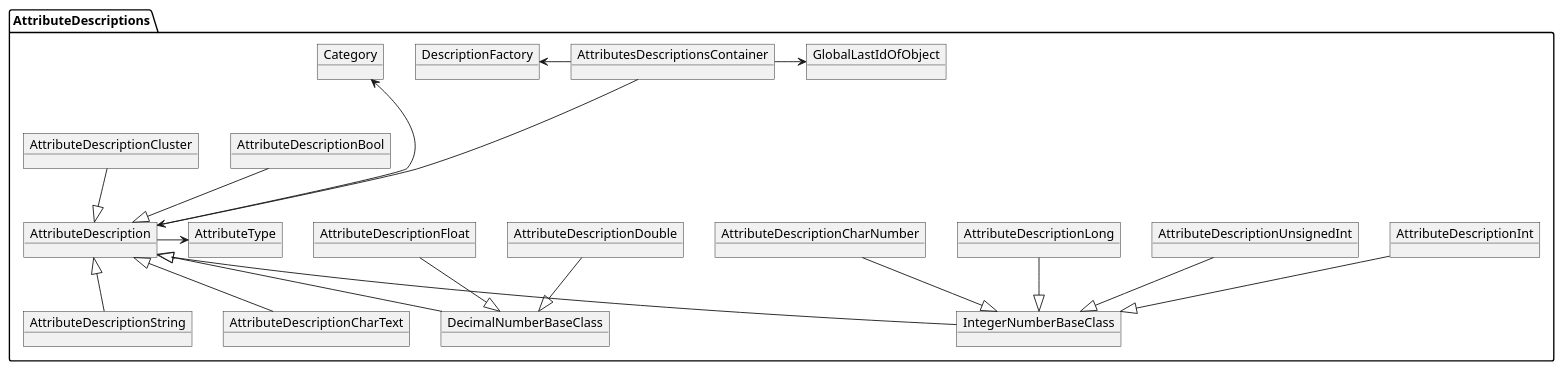
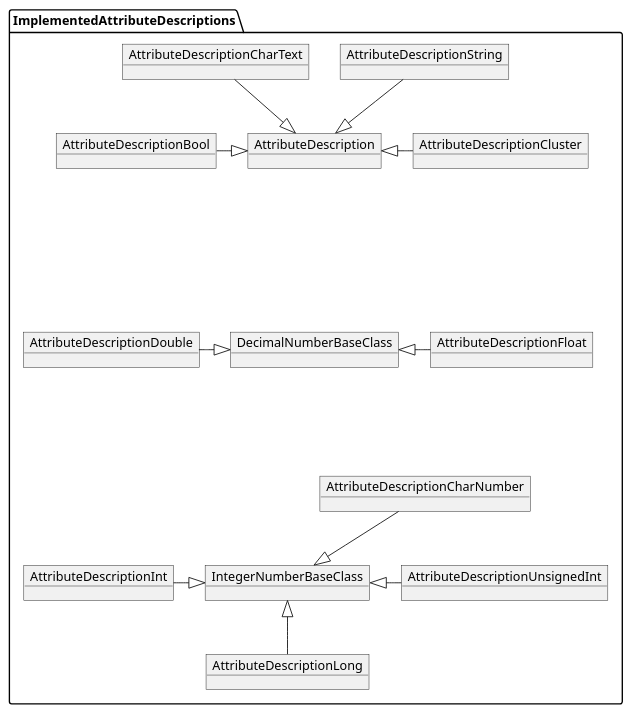
The third of 6 diagrams in uml.plantuml (JanKaniak/Atra-Framework), drawn with PlantUML before and after one commit. The commit also changed other lines of this file and 39 other files, not shown here.

```diff
--- a/uml.plantuml
+++ b/uml.plantuml
@@ -23,51 +68,44 @@
-@startuml AttributeDescriptions
-package AttributeDescriptions {
-    object AttributesDescriptionsContainer
+@startuml ImplementedAttributeDescriptions
+package ImplementedAttributeDescriptions {
     object AttributeDescription
-    object DescriptionFactory
-    object GlobalLastIdOfObject
-    object AttributeType
-    object Category
     object IntegerNumberBaseClass
     object DecimalNumberBaseClass
 
     object AttributeDescriptionInt
     object AttributeDescriptionUnsignedInt
     object AttributeDescriptionLong
     object AttributeDescriptionCharNumber
 
     object AttributeDescriptionDouble
     object AttributeDescriptionFloat
 
     object AttributeDescriptionString
     object AttributeDescriptionCharText
 
     object AttributeDescriptionBool
 
     object AttributeDescriptionCluster
 
 }
 
-AttributesDescriptionsContainer ---> AttributeDescription
-AttributesDescriptionsContainer -left-> DescriptionFactory
-AttributesDescriptionsContainer -right-> GlobalLastIdOfObject
-AttributeDescription -right-> AttributeType
-AttributeDescription --up-> Category
-IntegerNumberBaseClass -up-|> AttributeDescription
-DecimalNumberBaseClass -up-|> AttributeDescription
+AttributeDescription ---[hidden]- DecimalNumberBaseClass
+DecimalNumberBaseClass ---[hidden]- IntegerNumberBaseClass
 
-AttributeDescriptionInt --|> IntegerNumberBaseClass
-AttributeDescriptionUnsignedInt --|> IntegerNumberBaseClass
-AttributeDescriptionLong --|> IntegerNumberBaseClass
+AttributeDescriptionInt -right-|> IntegerNumberBaseClass
+AttributeDescriptionUnsignedInt -left-|> IntegerNumberBaseClass
+AttributeDescriptionLong -up-|> IntegerNumberBaseClass
 AttributeDescriptionCharNumber --|> IntegerNumberBaseClass
 
-AttributeDescriptionDouble --|> DecimalNumberBaseClass
-AttributeDescriptionFloat --|> DecimalNumberBaseClass
 
-AttributeDescriptionString -up-|> AttributeDescription
-AttributeDescriptionCharText -up-|> AttributeDescription
+AttributeDescriptionDouble -right-|> DecimalNumberBaseClass
+AttributeDescriptionFloat -left-|> DecimalNumberBaseClass
 
-AttributeDescriptionBool --|> AttributeDescription
+AttributeDescriptionString --|> AttributeDescription
+AttributeDescriptionCharText --|> AttributeDescription
 
-AttributeDescriptionCluster --|> AttributeDescription
+AttributeDescriptionBool -right-|> AttributeDescription
+
+AttributeDescriptionCluster -left-|> AttributeDescription
+
+
 @enduml
```
